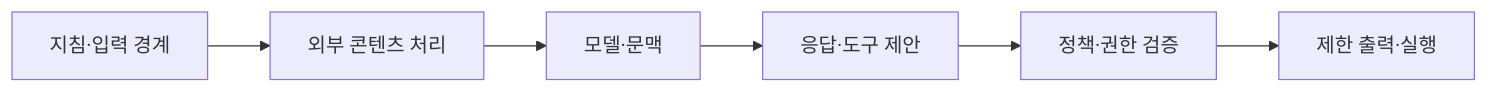
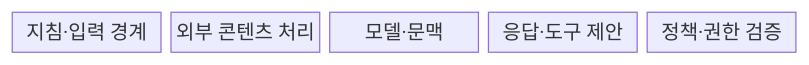
One commit to agnusdei1207/knowledge-base changed the first of 2 diagrams in src/content/docs/notes/05-security/079_prompt_injection.md. Above: the diagram before and after it, drawn with Mermaid. The commit also changed other lines of this file and 8 other files, not shown here.

````diff
--- a/src/content/docs/notes/05-security/079_prompt_injection.md
+++ b/src/content/docs/notes/05-security/079_prompt_injection.md
@@ -62,8 +60,9 @@
 ```mermaid
-flowchart LR
-    A[지침·입력 경계] --> B[외부 콘텐츠 처리]
-    B --> C[모델·문맥]
-    C --> D[응답·도구 제안]
-    D --> E[정책·권한 검증]
-    E --> F[제한 출력·실행]
+block-beta
+  columns 5
+  A["지침·입력 경계"]
+  B["외부 콘텐츠 처리"]
+  C["모델·문맥"]
+  D["응답·도구 제안"]
+  E["정책·권한 검증"]
 ```
````
